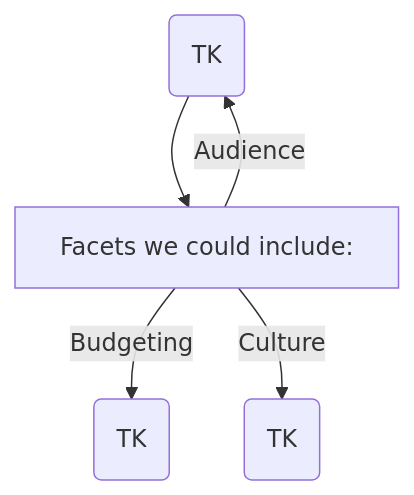
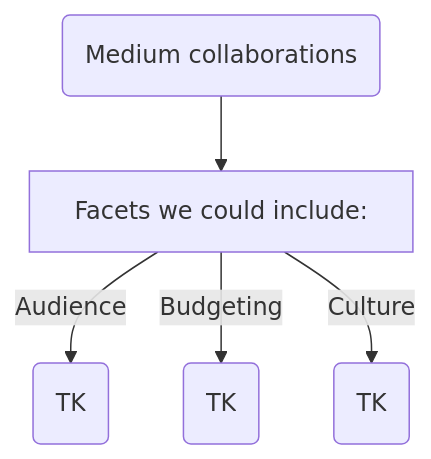
One commit to tiffehr/collaboration-capstone changed the third of 4 diagrams in docs/README.md. Above: the diagram before and after it, drawn with Mermaid. The commit also changed other lines of this file, not shown here.

Commit message:
cleanup initial IDs on chart tops, v2

```diff
--- a/docs/README.md
+++ b/docs/README.md
@@ -56,7 +56,7 @@
 <div class="mermaid">
 graph TD
-  A{{"Medium" collaborations}} --> F[Facets we could include:]
+  MD("Medium" collaborations) --> F[Facets we could include:]
     F --> |Audience| A(TK)
     F --> |Budgeting| B(TK)
     F --> |Culture| C(TK)
 </div>
```
